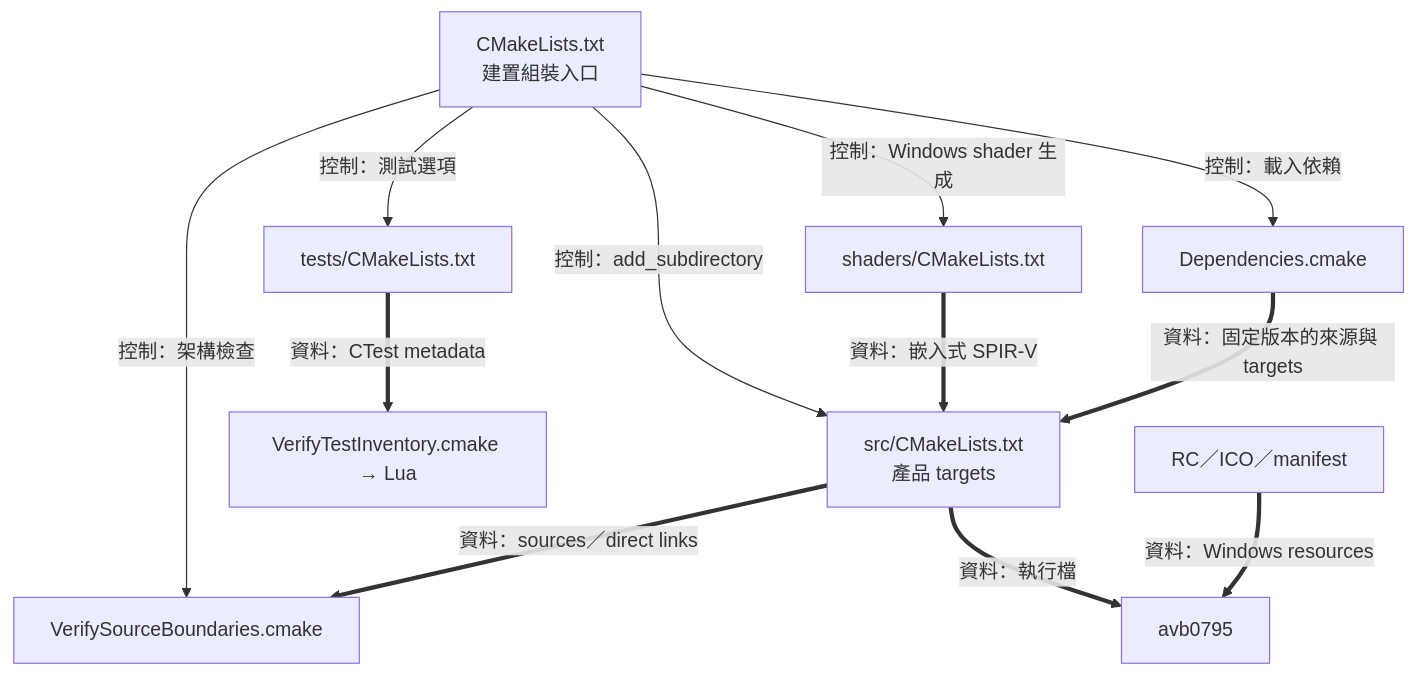
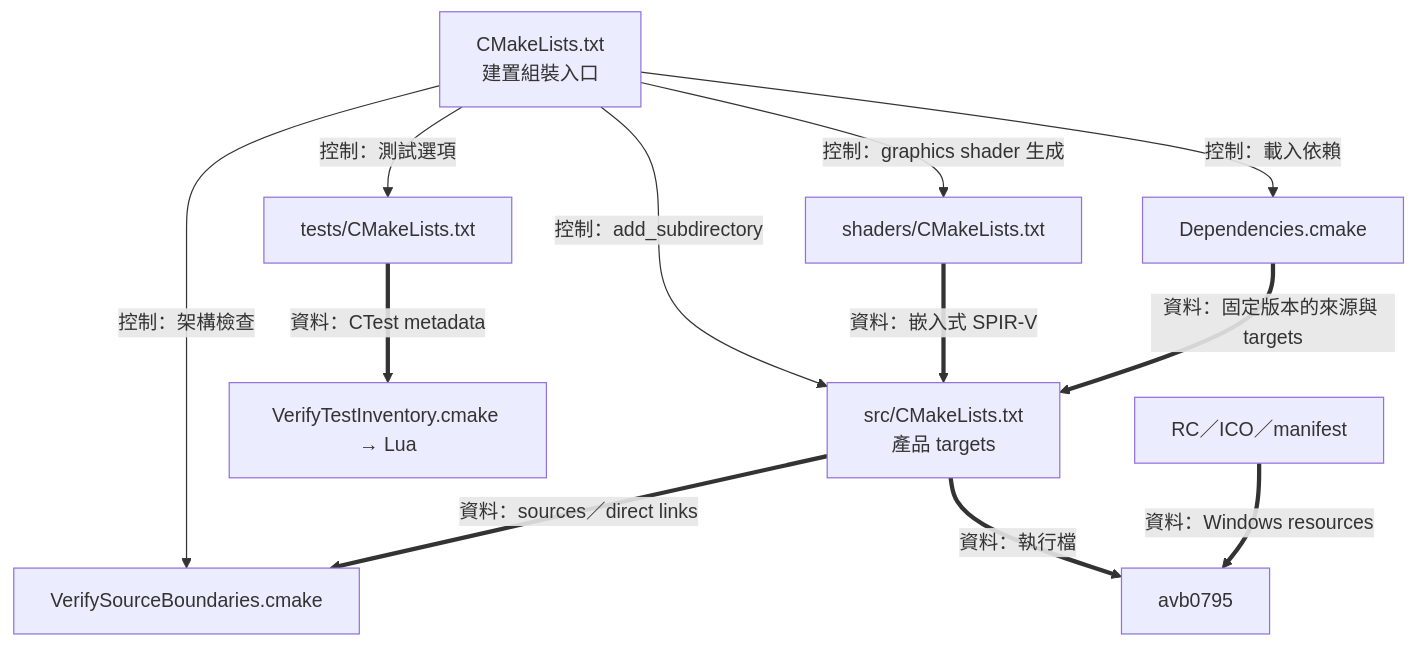
The first of 6 diagrams in docs/architecture/build-and-validation.md (Mes0903/avb0795), drawn with Mermaid before and after one commit. The commit also changed other lines of this file and 10 other files, not shown here.

````diff
--- a/docs/architecture/build-and-validation.md
+++ b/docs/architecture/build-and-validation.md
@@ -3,14 +3,14 @@
 ```mermaid
 flowchart TB
     Entry["CMakeLists.txt<br/>建置組裝入口"] -->|"控制：載入依賴"| Deps["Dependencies.cmake"]
     Entry -->|"控制：add_subdirectory"| Targets["src/CMakeLists.txt<br/>產品 targets"]
-    Entry -->|"控制：Windows shader 生成"| Shader["shaders/CMakeLists.txt"]
+    Entry -->|"控制：graphics shader 生成"| Shader["shaders/CMakeLists.txt"]
     Shader ==>|"資料：嵌入式 SPIR-V"| Targets
     Deps ==>|"資料：固定版本的來源與 targets"| Targets
     Entry -->|"控制：架構檢查"| Boundary["VerifySourceBoundaries.cmake"]
     Targets ==>|"資料：sources／direct links"| Boundary
     Entry -->|"控制：測試選項"| Tests["tests/CMakeLists.txt"]
     Tests ==>|"資料：CTest metadata"| Inventory["VerifyTestInventory.cmake → Lua"]
     Targets ==>|"資料：執行檔"| Product["avb0795"]
     Resource["RC／ICO／manifest"] ==>|"資料：Windows resources"| Product
 ```
````
